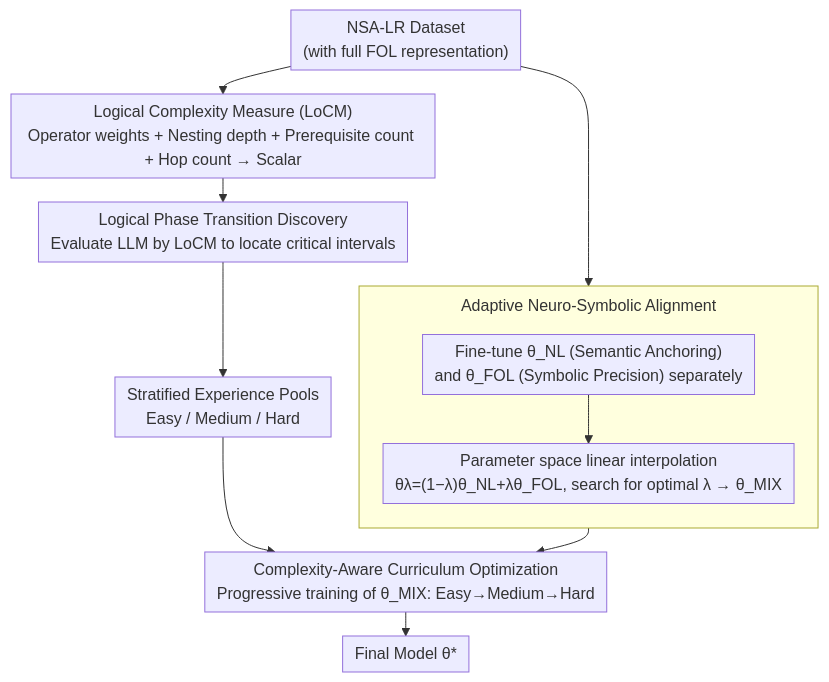
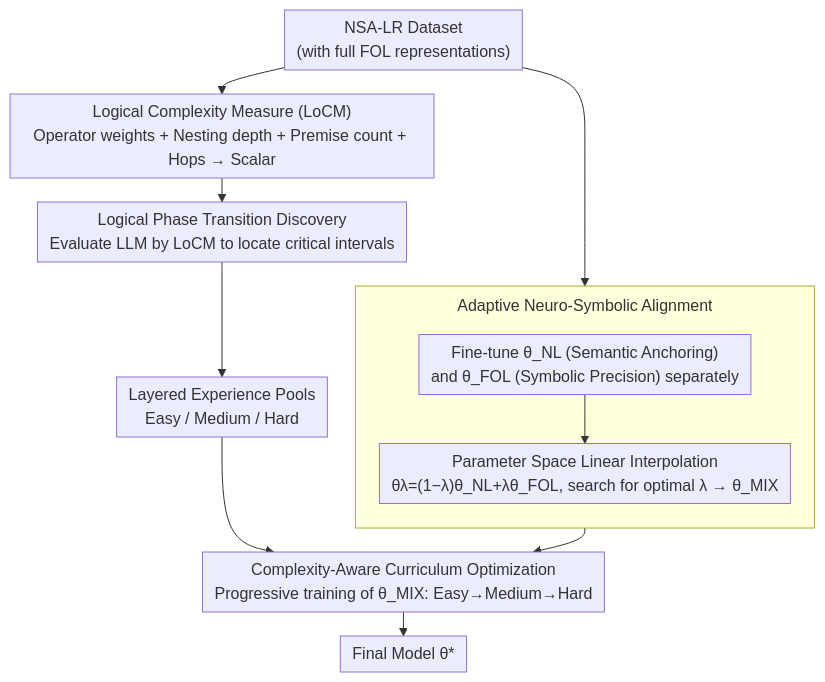
One commit to zhaoyang97/Paper-Notes-en changed the diagram in docs/ACL2026/llm_reasoning/logical_phase_transitions_understanding_collapse_in_llm_logical_reasoning.md. Above: the diagram before and after it, drawn with Mermaid. The commit also changed other lines of this file and 5084 other files, not shown here.

````diff
--- a/docs/ACL2026/llm_reasoning/logical_phase_transitions_understanding_collapse_in_llm_logical_reasoning.md
+++ b/docs/ACL2026/llm_reasoning/logical_phase_transitions_understanding_collapse_in_llm_logical_reasoning.md
@@ -44,15 +44,15 @@
 ```mermaid
 %%{init: {'flowchart': {'rankSpacing': 24, 'nodeSpacing': 28, 'padding': 6, 'wrappingWidth': 400, 'subGraphTitleMargin': {'top': 8, 'bottom': 16}}}}%%
 flowchart TD
-    A["NSA-LR Dataset<br/>(with full FOL representation)"] --> B["Logical Complexity Measure (LoCM)<br/>Operator weights + Nesting depth + Prerequisite count + Hop count → Scalar"]
+    A["NSA-LR Dataset<br/>(with full FOL representations)"] --> B["Logical Complexity Measure (LoCM)<br/>Operator weights + Nesting depth + Premise count + Hops → Scalar"]
     B --> C["Logical Phase Transition Discovery<br/>Evaluate LLM by LoCM to locate critical intervals"]
-    C --> D["Stratified Experience Pools<br/>Easy / Medium / Hard"]
+    C --> D["Layered Experience Pools<br/>Easy / Medium / Hard"]
     subgraph NSA["Adaptive Neuro-Symbolic Alignment"]
         direction TB
-        E["Fine-tune θ_NL (Semantic Anchoring)<br/>and θ_FOL (Symbolic Precision) separately"] --> F["Parameter space linear interpolation<br/>θλ=(1−λ)θ_NL+λθ_FOL, search for optimal λ → θ_MIX"]
+        E["Fine-tune θ_NL (Semantic Anchoring)<br/>and θ_FOL (Symbolic Precision) separately"] --> F["Parameter Space Linear Interpolation<br/>θλ=(1−λ)θ_NL+λθ_FOL, search for optimal λ → θ_MIX"]
     end
     A --> E
     F --> G["Complexity-Aware Curriculum Optimization<br/>Progressive training of θ_MIX: Easy→Medium→Hard"]
     D --> G
     G --> H["Final Model θ*"]
 ```
````
